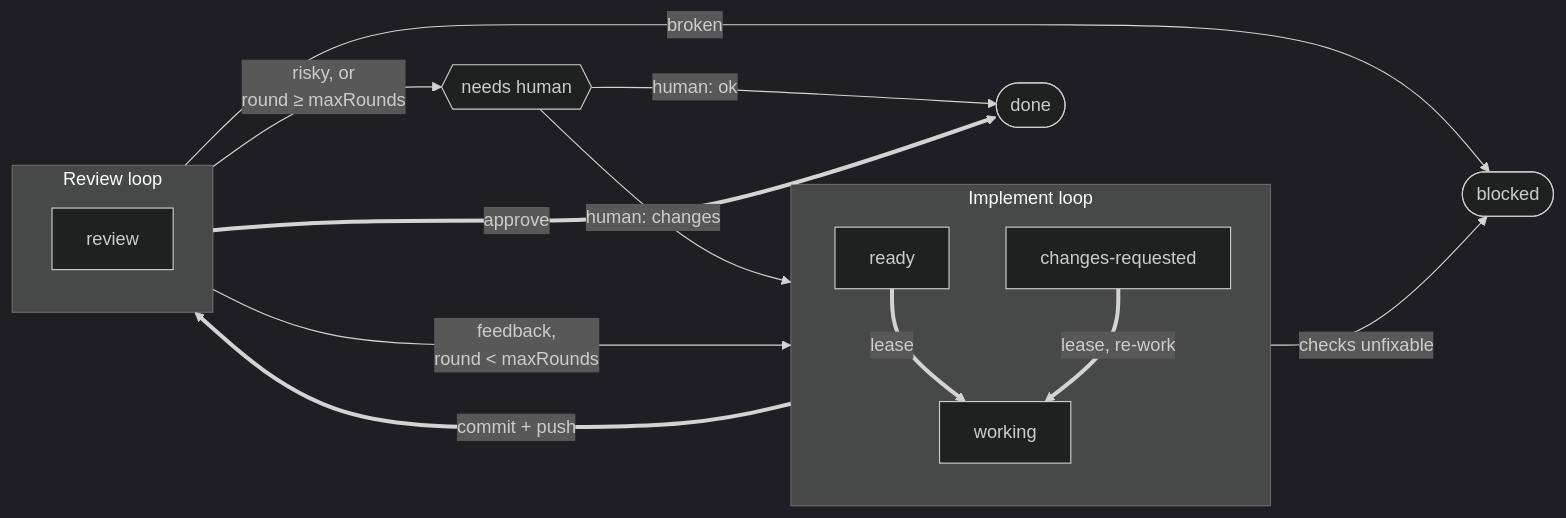
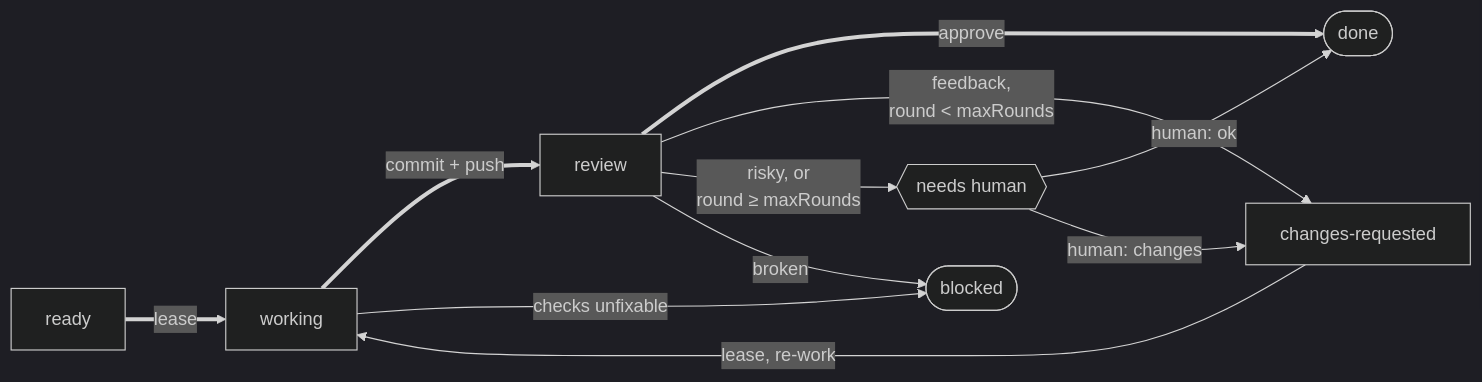
One commit to TitusKirch/skills changed the diagram in skills/work/work-implement/REFERENCE.md. Above: the diagram before and after it, drawn with Mermaid (dark theme). The commit also changed other lines of this file and 2 other files, not shown here.

Commit message:
docs: untangle the remaining diagram overlaps
Three structural causes, all removed. Subgraph boxes forced node placement and made edges
route around and through them — and the two lanes claimed a symmetry that is not there,
since the implement loop owns three states and the review loop owns one. Ownership moves
to the table underneath, which already had the column for it.

work-implement was a five-edge hub with the queue chain running through it while
atomic-commit and pull-request hung off the side; split into the cycle an issue travels and
the shared workers several skills call, two shapes that each read on their own.

Every diagram is now single-purpose with at most one backward edge.

````diff
--- a/skills/work/work-implement/REFERENCE.md
+++ b/skills/work/work-implement/REFERENCE.md
@@ -87,31 +87,16 @@
 ```mermaid
 flowchart LR
-  subgraph IMPL["Implement loop"]
-    direction TB
-    ready["ready"]
-    changes["changes-requested"]
-    working["working"]
-  end
+  ready["ready"] ==>|"lease"| working["working"]
+  working ==>|"commit + push"| review["review"]
+  review ==>|"approve"| done(["done"])
 
-  subgraph REV["Review loop"]
-    direction TB
-    review["review"]
-  end
+  review -->|"feedback,<br/>round &lt; maxRounds"| changes["changes-requested"]
+  changes -->|"lease, re-work"| working
 
-  human{{"needs human"}}
-  done(["done"])
-  blocked(["blocked"])
-
-  ready ==>|"lease"| working
-  changes ==>|"lease, re-work"| working
-  working ==>|"commit + push"| review
-
-  review ==>|"approve"| done
-  review -->|"feedback,<br/>round &lt; maxRounds"| changes
-  review -->|"risky, or<br/>round ≥ maxRounds"| human
-  review -->|"broken"| blocked
-  working -->|"checks unfixable"| blocked
-
+  review -->|"risky, or<br/>round ≥ maxRounds"| human{{"needs human"}}
   human -->|"human: ok"| done
   human -->|"human: changes"| changes
+
+  working -->|"checks unfixable"| blocked(["blocked"])
+  review -->|"broken"| blocked
 ```
````
